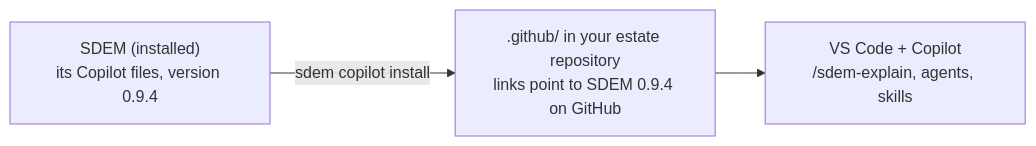
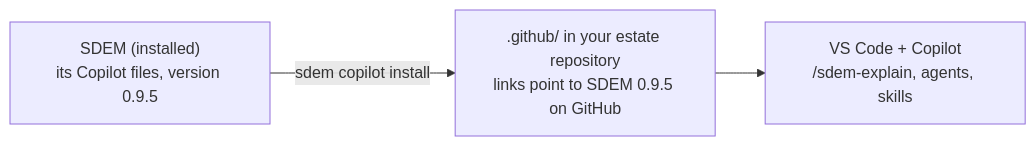
One commit to taumoeps/bian-sdem-framework changed the diagram in docs/design/sdem-copilot-install-design.md. Above: the diagram before and after it, drawn with Mermaid. The commit also changed 25 other files, not shown here.

````diff
--- a/docs/design/sdem-copilot-install-design.md
+++ b/docs/design/sdem-copilot-install-design.md
@@ -18,5 +18,5 @@
 ```mermaid
 flowchart LR
-    S["SDEM (installed)<br/>its Copilot files, version 0.9.4"] -- "sdem copilot install" --> E[".github/ in your estate repository<br/>links point to SDEM 0.9.4 on GitHub"]
+    S["SDEM (installed)<br/>its Copilot files, version 0.9.5"] -- "sdem copilot install" --> E[".github/ in your estate repository<br/>links point to SDEM 0.9.5 on GitHub"]
     E --> V["VS Code + Copilot<br/>/sdem-explain, agents, skills"]
 ```
````
